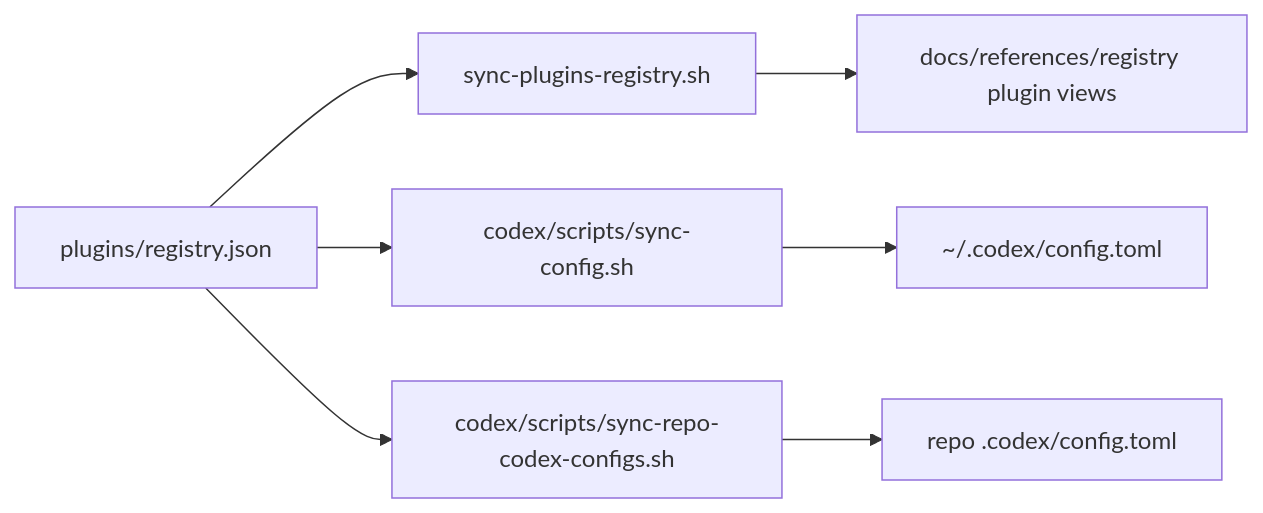
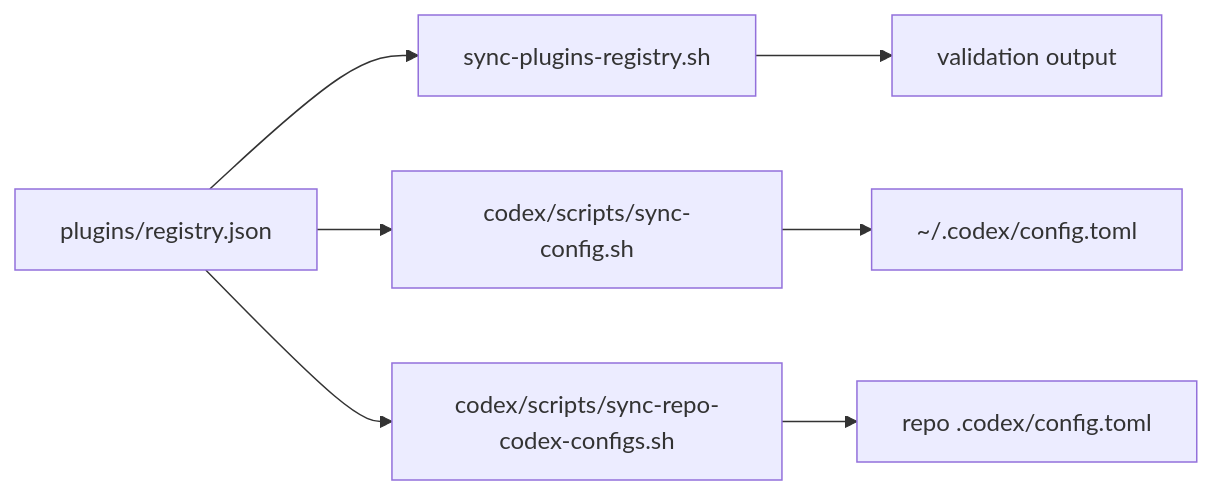
The diagram in docs/references/plugins-registry.md (wisdom-in-a-nutshell/.agents), drawn with Mermaid before and after one commit. The commit also changed other lines of this file and 134 other files, not shown here.

````diff
--- a/docs/references/plugins-registry.md
+++ b/docs/references/plugins-registry.md
@@ -14,9 +14,9 @@
 ```mermaid
 flowchart LR
     A[plugins/registry.json] --> B[sync-plugins-registry.sh]
     A --> C[codex/scripts/sync-config.sh]
     A --> F[codex/scripts/sync-repo-codex-configs.sh]
-    B --> D[docs/references/registry plugin views]
+    B --> D[validation output]
     C --> E[~/.codex/config.toml]
     F --> G[repo .codex/config.toml]
 ```
````
